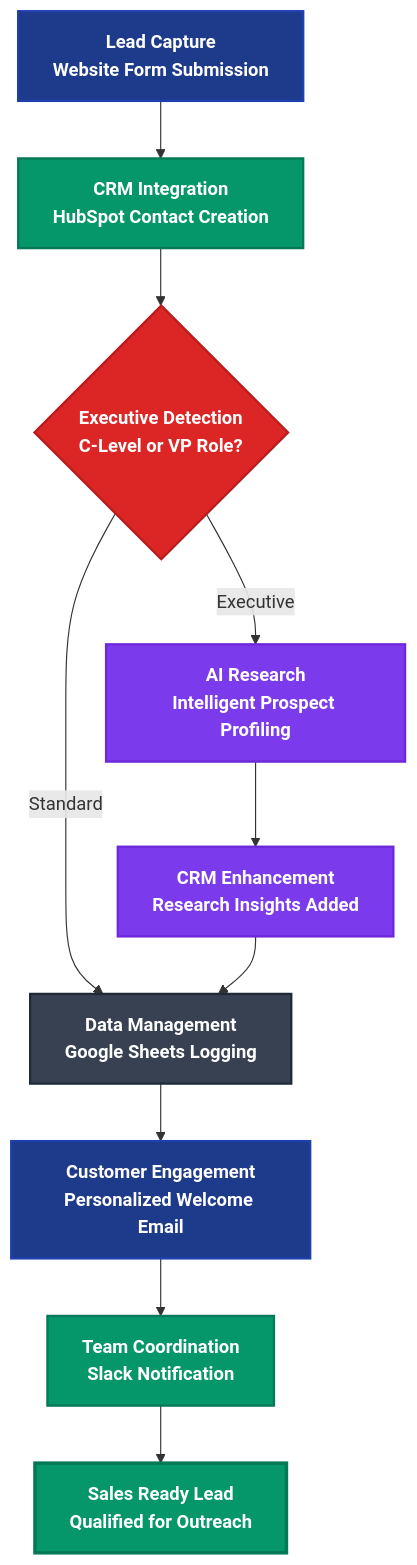
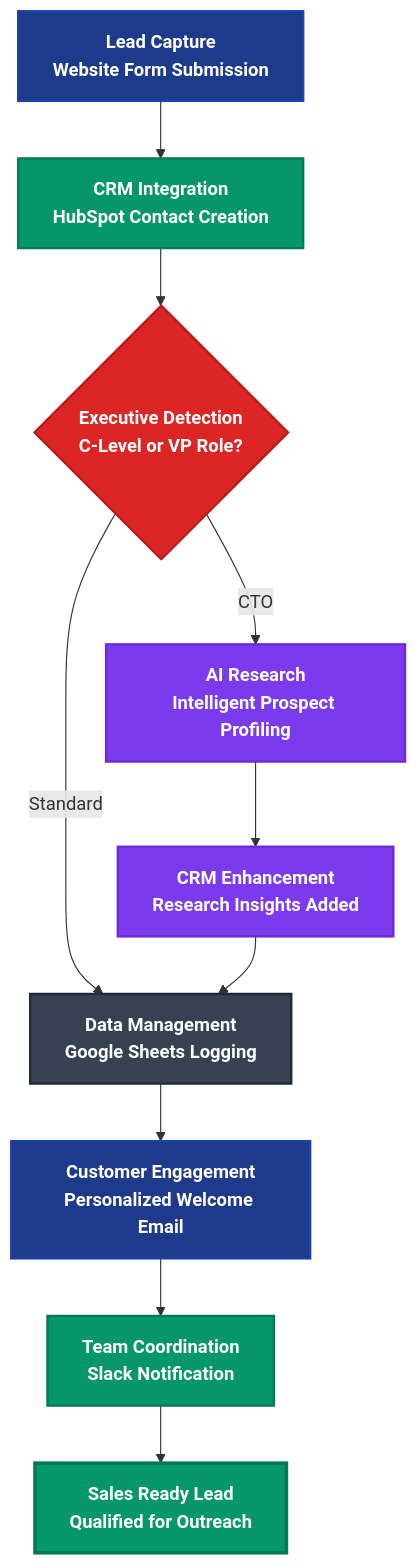
The diagram in docs/admin/vivian.md (aloma-io/aloma-io), drawn with Mermaid before and after one commit.

````diff
--- a/docs/admin/vivian.md
+++ b/docs/admin/vivian.md
@@ -7,31 +7,31 @@
 ```mermaid
 flowchart TD
     A[Lead Capture<br/>Website Form Submission] --> B[CRM Integration<br/>HubSpot Contact Creation]
     
     B --> C{Executive Detection<br/>C-Level or VP Role?}
     
-    C -->|Executive| D[AI Research<br/>Intelligent Prospect Profiling]
+    C -->|CTO| D[AI Research<br/>Intelligent Prospect Profiling]
     C -->|Standard| E[Data Management<br/>Google Sheets Logging]
     
     D --> F[CRM Enhancement<br/>Research Insights Added]
     F --> E
     
     E --> G[Customer Engagement<br/>Personalized Welcome Email]
     G --> H[Team Coordination<br/>Slack Notification]
     H --> I[Sales Ready Lead<br/>Qualified for Outreach]
     
     %% Professional styling
     classDef primary fill:#1E3A8A,stroke:#1E40AF,stroke-width:2px,color:#fff,font-weight:600
     classDef success fill:#059669,stroke:#047857,stroke-width:2px,color:#fff,font-weight:600
     classDef decision fill:#DC2626,stroke:#B91C1C,stroke-width:2px,color:#fff,font-weight:600
     classDef ai fill:#7C3AED,stroke:#6D28D9,stroke-width:2px,color:#fff,font-weight:600
     classDef neutral fill:#374151,stroke:#1F2937,stroke-width:2px,color:#fff,font-weight:600
     classDef final fill:#059669,stroke:#047857,stroke-width:3px,color:#fff,font-weight:700
     
     class A,G primary
     class B,H success
     class C decision
     class D,F ai
     class E neutral
     class I final
 ```
````
